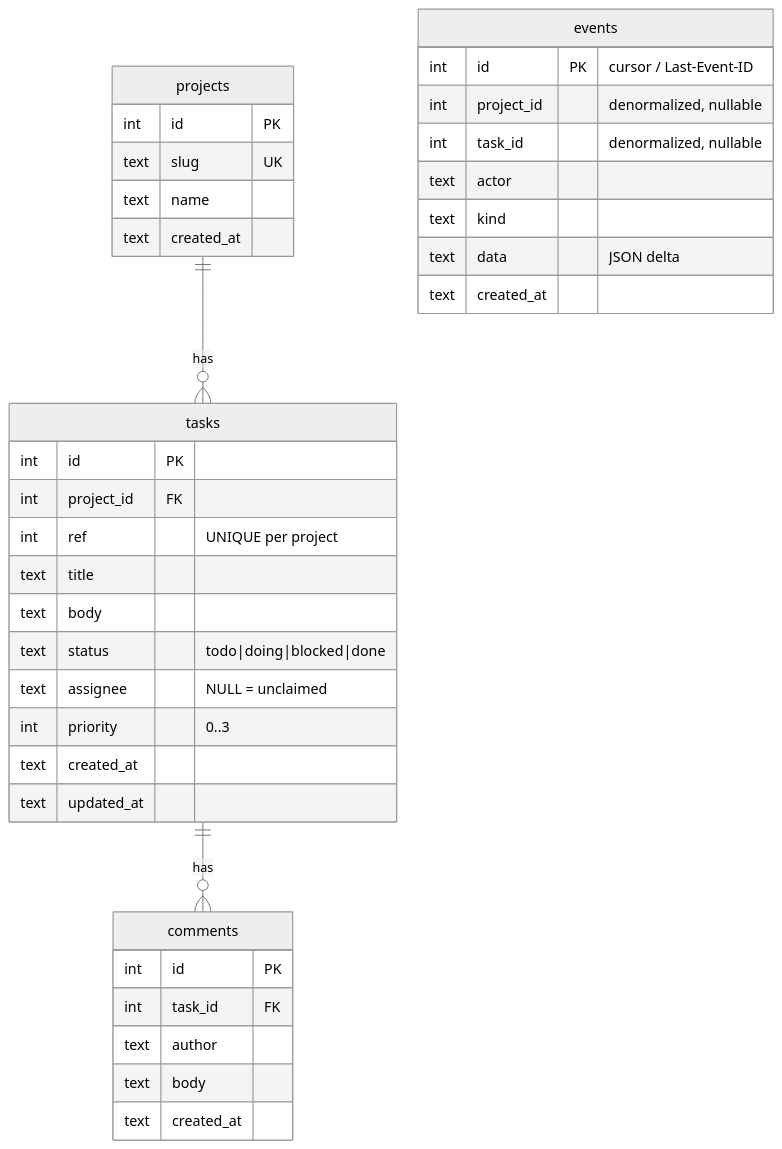
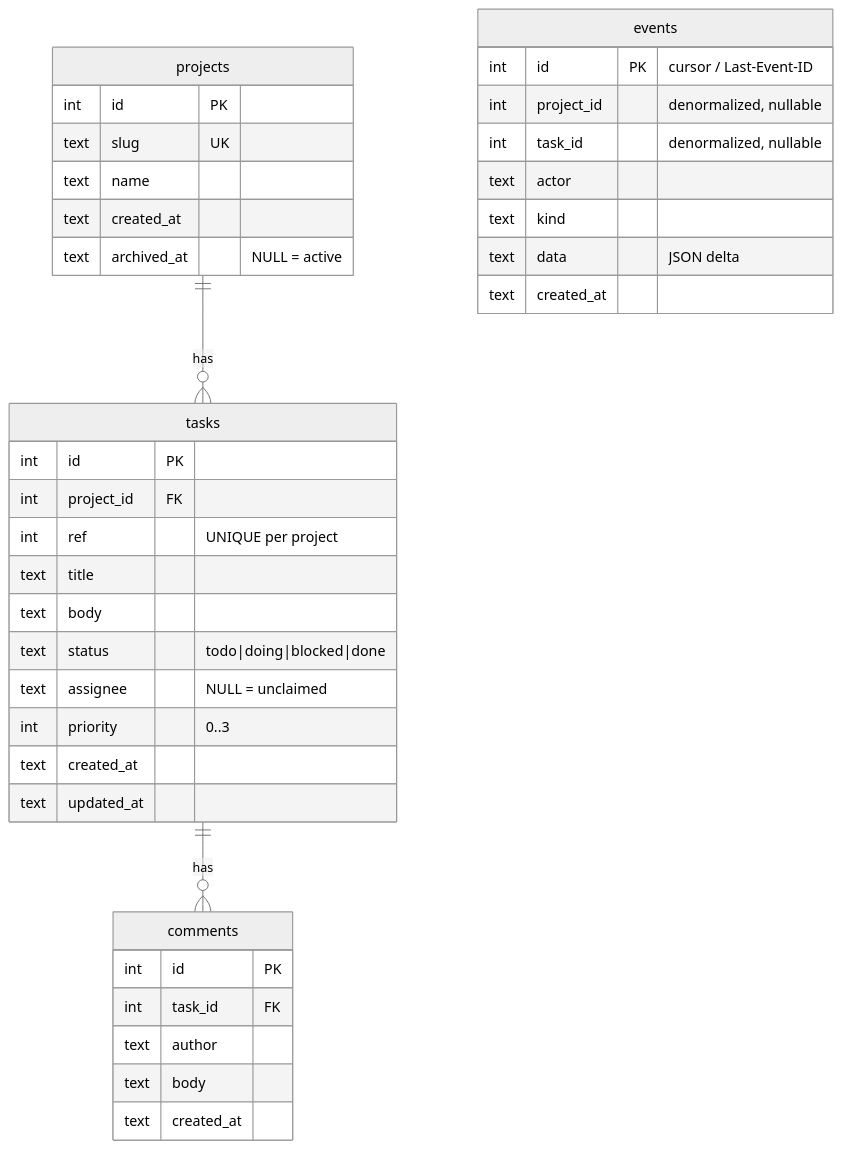
The diagram in architecture/data-model.md (RamiAltai/agentman), drawn with Mermaid (neutral theme) before and after one commit. The commit also changed other lines of this file and 14 other files, not shown here.

````diff
--- a/architecture/data-model.md
+++ b/architecture/data-model.md
@@ -88,39 +103,40 @@
 ```mermaid
 erDiagram
   projects ||--o{ tasks : "has"
   tasks ||--o{ comments : "has"
   projects {
     int id PK
     text slug UK
     text name
     text created_at
+    text archived_at "NULL = active"
   }
   tasks {
     int id PK
     int project_id FK
     int ref "UNIQUE per project"
     text title
     text body
     text status "todo|doing|blocked|done"
     text assignee "NULL = unclaimed"
     int priority "0..3"
     text created_at
     text updated_at
   }
   comments {
     int id PK
     int task_id FK
     text author
     text body
     text created_at
   }
   events {
     int id PK "cursor / Last-Event-ID"
     int project_id "denormalized, nullable"
     int task_id "denormalized, nullable"
     text actor
     text kind
     text data "JSON delta"
     text created_at
   }
 ```
````
